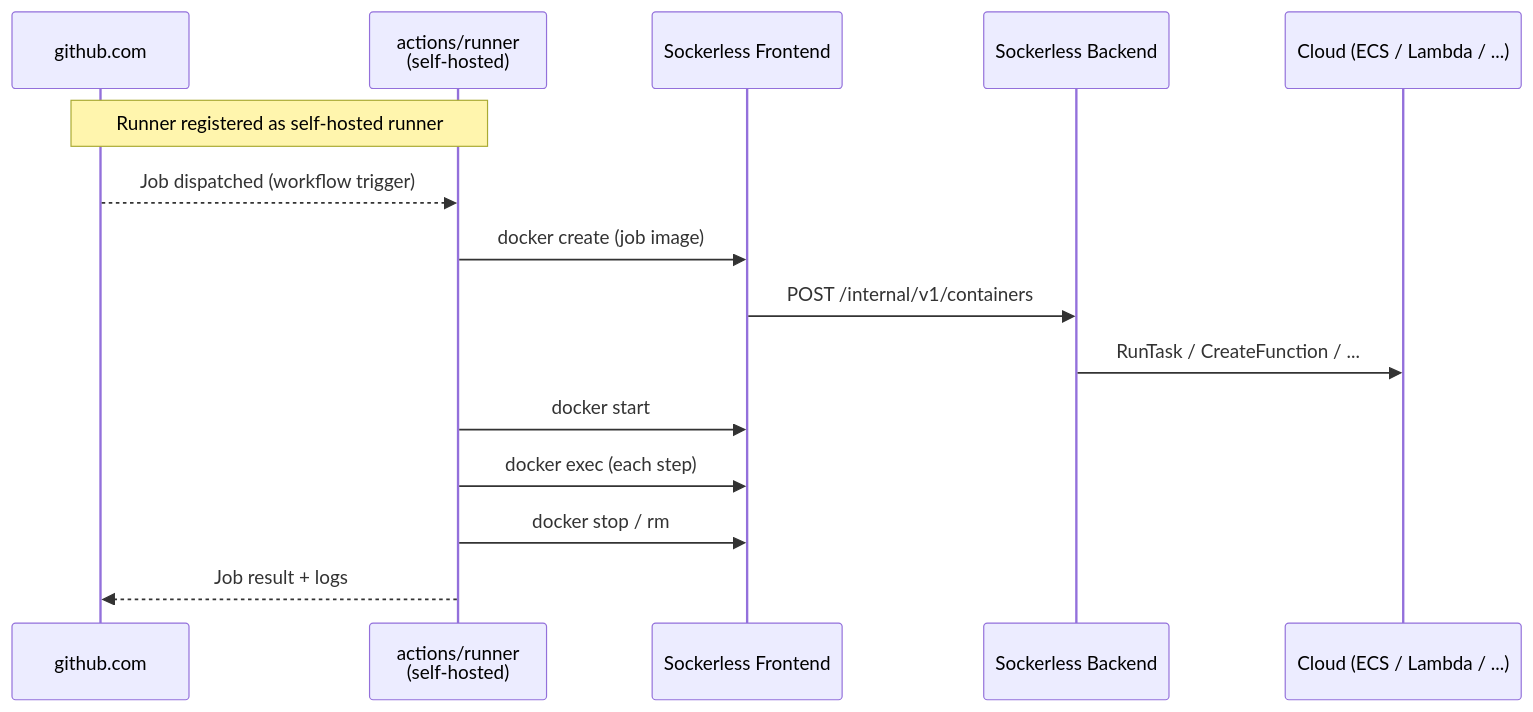
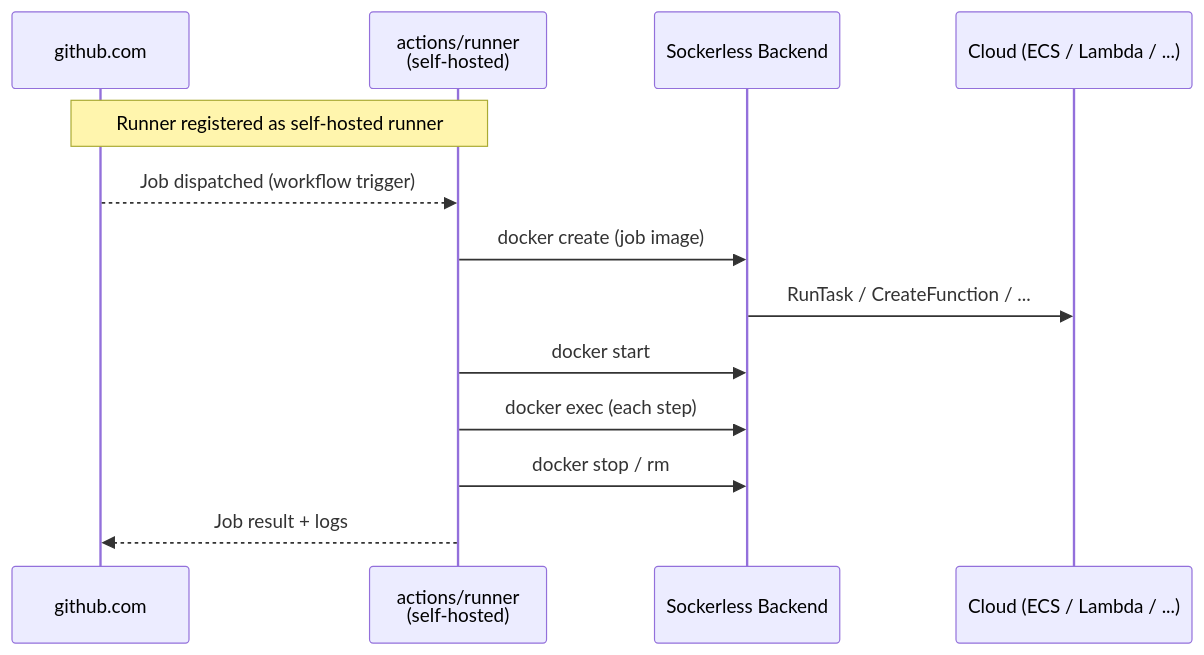
Diagram 15 of 19 in ARCHITECTURE.md (e6qu/sockerless), drawn with Mermaid before and after one commit. The commit also changed other lines of this file and 93 other files, not shown here.

````diff
--- a/ARCHITECTURE.md
+++ b/ARCHITECTURE.md
@@ -297,18 +428,16 @@
 ```mermaid
 sequenceDiagram
     participant GH as github.com
     participant R as actions/runner<br/>(self-hosted)
-    participant FE as Sockerless Frontend
-    participant BE as Sockerless Backend
+    participant S as Sockerless Backend
     participant CL as Cloud (ECS / Lambda / ...)
 
     Note over GH,R: Runner registered as self-hosted runner
     GH-->>R: Job dispatched (workflow trigger)
-    R->>FE: docker create (job image)
-    FE->>BE: POST /internal/v1/containers
-    BE->>CL: RunTask / CreateFunction / ...
-    R->>FE: docker start
-    R->>FE: docker exec (each step)
-    R->>FE: docker stop / rm
+    R->>S: docker create (job image)
+    S->>CL: RunTask / CreateFunction / ...
+    R->>S: docker start
+    R->>S: docker exec (each step)
+    R->>S: docker stop / rm
     R-->>GH: Job result + logs
 ```
````
